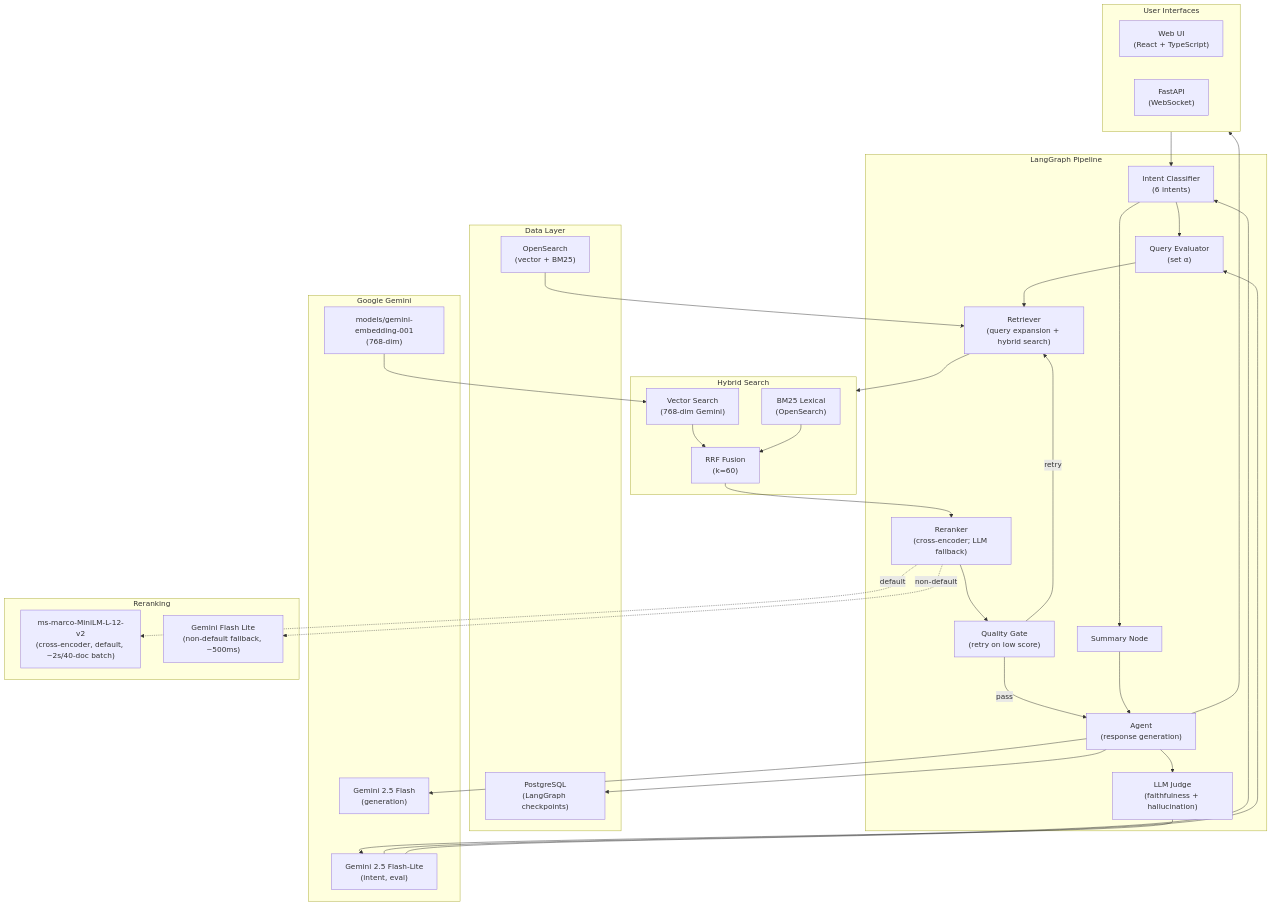
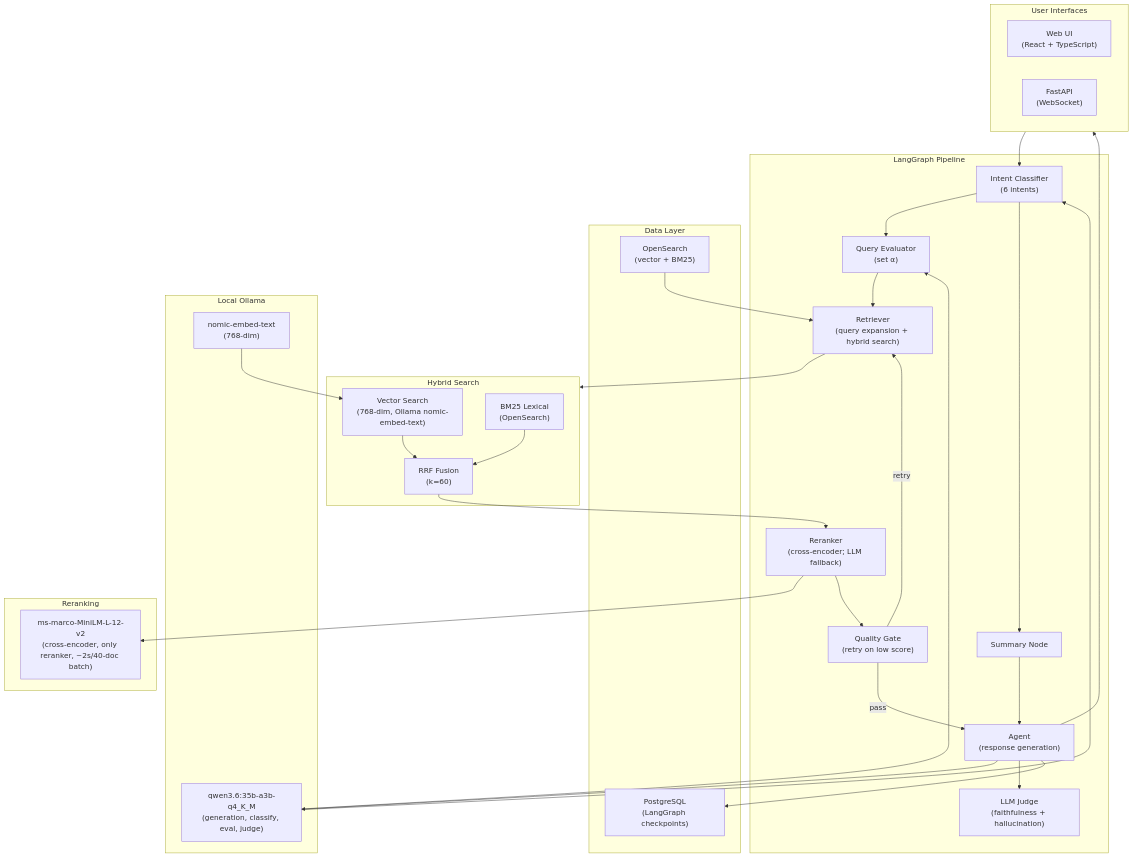
One commit to kmwtechnology/opensearch2026-agentic-search changed the diagram in README.md. Above: the diagram before and after it, drawn with Mermaid. The commit also changed other lines of this file and 110 other files, not shown here.

First line of the commit message:
#147 #148: fully local Ollama stack + 158K SQID-image corpus (#149)

````diff
--- a/README.md
+++ b/README.md
@@ -112,64 +111,60 @@
 ```mermaid
 flowchart TB
     subgraph UI["User Interfaces"]
         WEB["Web UI<br/>(React + TypeScript)"]
         API["FastAPI<br/>(WebSocket)"]
     end
 
     subgraph Pipeline["LangGraph Pipeline"]
         IC["Intent Classifier<br/>(6 intents)"]
         QE["Query Evaluator<br/>(set α)"]
         RET["Retriever<br/>(query expansion + hybrid search)"]
         RERANK["Reranker<br/>(cross-encoder; LLM fallback)"]
         QG["Quality Gate<br/>(retry on low score)"]
         SUM["Summary Node"]
         AGENT["Agent<br/>(response generation)"]
         JUDGE["LLM Judge<br/>(faithfulness + hallucination)"]
     end
 
     subgraph Search["Hybrid Search"]
-        VS["Vector Search<br/>(768-dim Gemini)"]
+        VS["Vector Search<br/>(768-dim, Ollama nomic-embed-text)"]
         BM25["BM25 Lexical<br/>(OpenSearch)"]
         RRF["RRF Fusion<br/>(k=60)"]
     end
 
     subgraph Storage["Data Layer"]
         IDX["OpenSearch<br/>(vector + BM25)"]
         CHK["PostgreSQL<br/>(LangGraph checkpoints)"]
     end
 
-    subgraph GoogleAI["Google Gemini"]
-        LLM["Gemini 2.5 Flash<br/>(generation)"]
-        CLASSIFIER["Gemini 2.5 Flash-Lite<br/>(intent, eval)"]
-        EMB["models/gemini-embedding-001<br/>(768-dim)"]
+    subgraph OllamaLLM["Local Ollama"]
+        LLM["qwen3.6:35b-a3b-q4_K_M<br/>(generation, classify, eval, judge)"]
+        EMB["nomic-embed-text<br/>(768-dim)"]
     end
 
     subgraph Reranking["Reranking"]
-        CE["ms-marco-MiniLM-L-12-v2<br/>(cross-encoder, default, ~2s/40-doc batch)"]
-        LLMR["Gemini Flash Lite<br/>(non-default fallback, ~500ms)"]
+        CE["ms-marco-MiniLM-L-12-v2<br/>(cross-encoder, only reranker, ~2s/40-doc batch)"]
     end
 
     UI --> IC
     IC --> QE
     IC --> SUM
     QE --> RET
     RET --> Search
     EMB --> VS
     VS --> RRF
     BM25 --> RRF
     RRF --> RERANK
-    RERANK -.->|default| CE
-    RERANK -.->|non-default| LLMR
+    RERANK --> CE
     RERANK --> QG
     QG -->|retry| RET
     QG -->|pass| AGENT
     SUM --> AGENT
     AGENT --> LLM
     AGENT --> JUDGE
-    JUDGE --> CLASSIFIER
     AGENT --> UI
     AGENT --> CHK
     IDX --> RET
-    CLASSIFIER --> IC
-    CLASSIFIER --> QE
+    LLM --> IC
+    LLM --> QE
 ```
````
